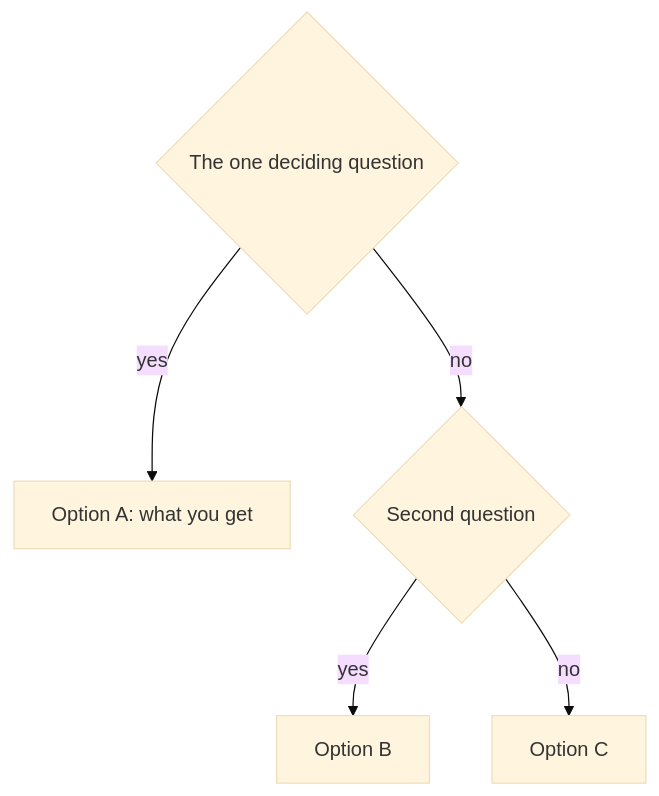
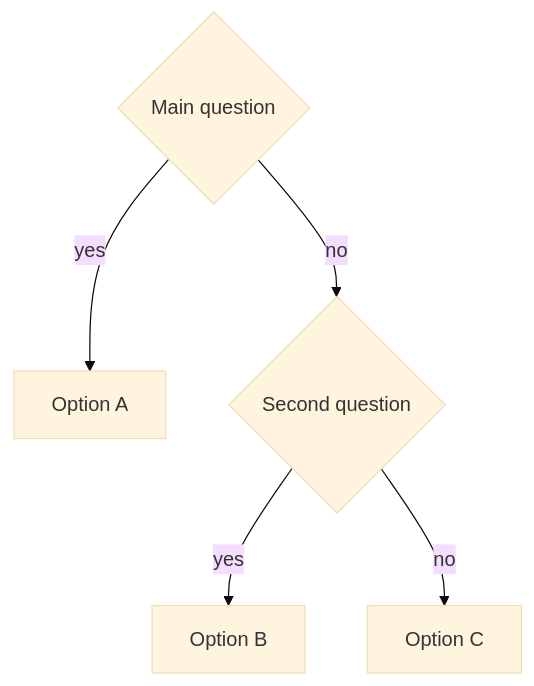
Before and after one commit to rishirsv/dots: the third of 4 diagrams in plugins/dots/skills/explain/references/visual-patterns.md, drawn with Mermaid (base theme). The commit also changed other lines of this file and 13 other files, not shown here.

````diff
--- a/plugins/dots/skills/explain/references/visual-patterns.md
+++ b/plugins/dots/skills/explain/references/visual-patterns.md
@@ -49,7 +47,7 @@
 ```mermaid
 flowchart TD
-  Q{The one deciding question} -->|yes| A[Option A: what you get]
+  Q{Main question} -->|yes| A[Option A]
   Q -->|no| Q2{Second question}
   Q2 -->|yes| B[Option B]
   Q2 -->|no| C[Option C]
 ```
````
